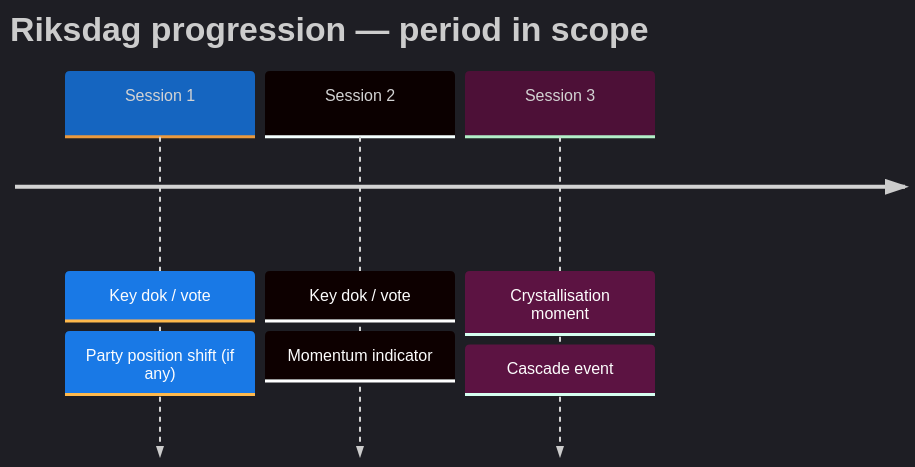
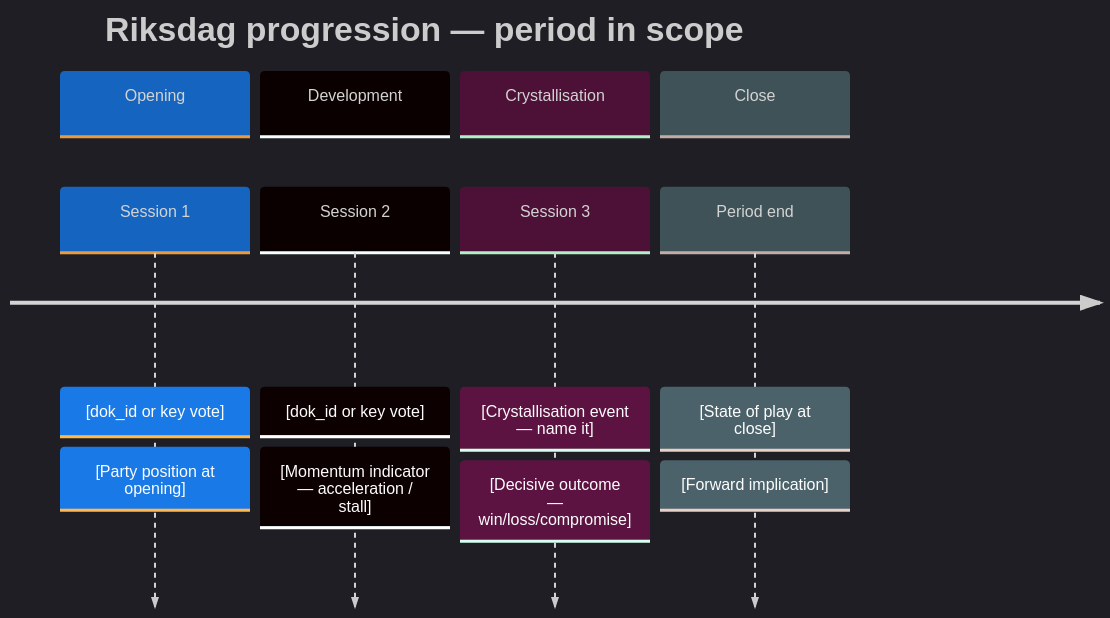
The first of 2 diagrams in analysis/templates/cross-session-intelligence.md (Hack23/riksdagsmonitor), drawn with Mermaid before and after one commit. The commit also changed other lines of this file and 3 other files, not shown here.

First line of the commit message:
improve: substantially expand session-baseline, cross-session-intelligence, mcp-reliability-audit, worldbank-indicator-mapping

````diff
--- a/analysis/templates/cross-session-intelligence.md
+++ b/analysis/templates/cross-session-intelligence.md
@@ -46,8 +52,13 @@
 ```mermaid
 %%{init: {"theme":"dark","themeVariables":{"primaryColor":"#1565C0","primaryTextColor":"#ffffff","lineColor":"#90CAF9","secondaryColor":"#2E7D32","tertiaryColor":"#FF9800","fontFamily":"Inter, Helvetica, Arial, sans-serif"}}}%%
 timeline
     title Riksdag progression — period in scope
-    Session 1 : Key dok / vote : Party position shift (if any)
-    Session 2 : Key dok / vote : Momentum indicator
-    Session 3 : Crystallisation moment : Cascade event
+    section Opening
+      Session 1 : [dok_id or key vote] : [Party position at opening]
+    section Development
+      Session 2 : [dok_id or key vote] : [Momentum indicator — acceleration / stall]
+    section Crystallisation
+      Session 3 : [Crystallisation event — name it] : [Decisive outcome — win/loss/compromise]
+    section Close
+      Period end : [State of play at close] : [Forward implication]
 ```
````
